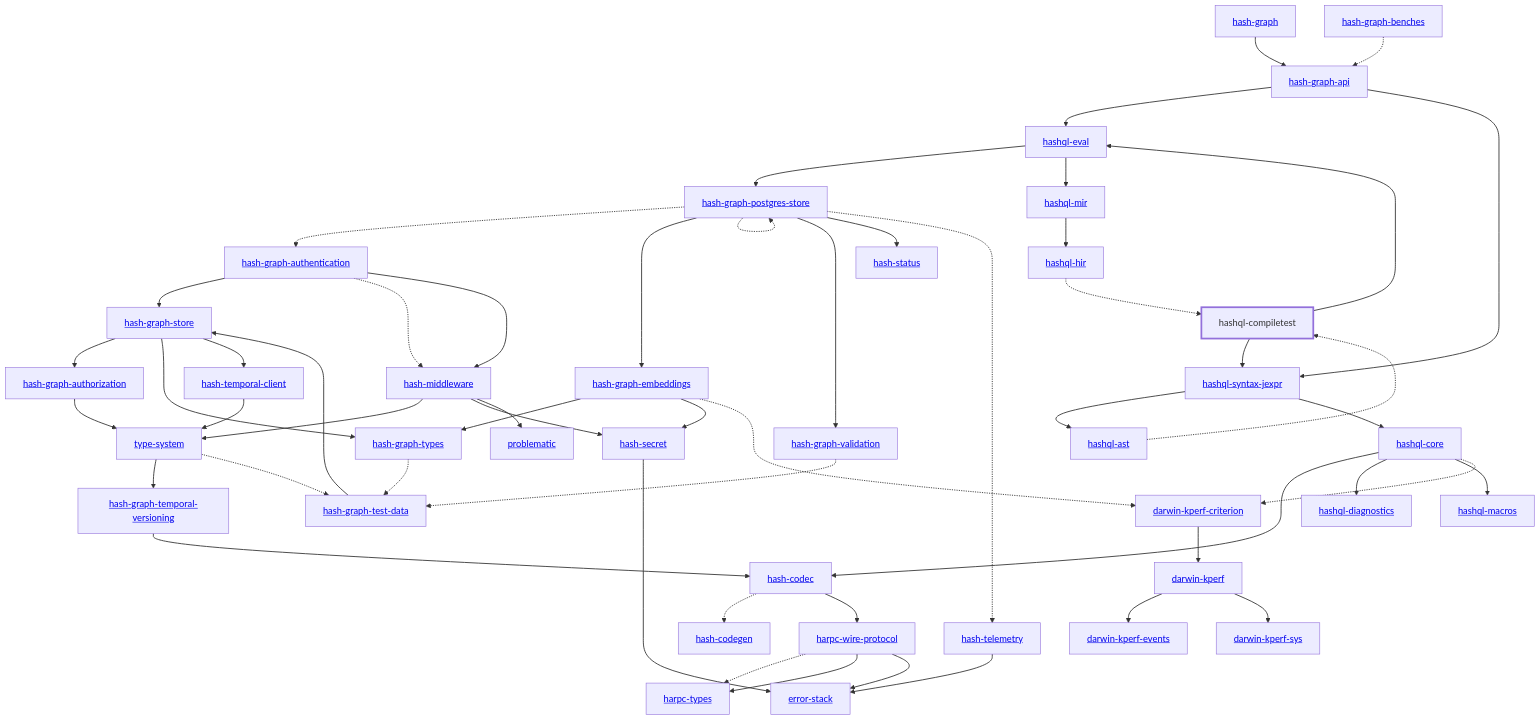
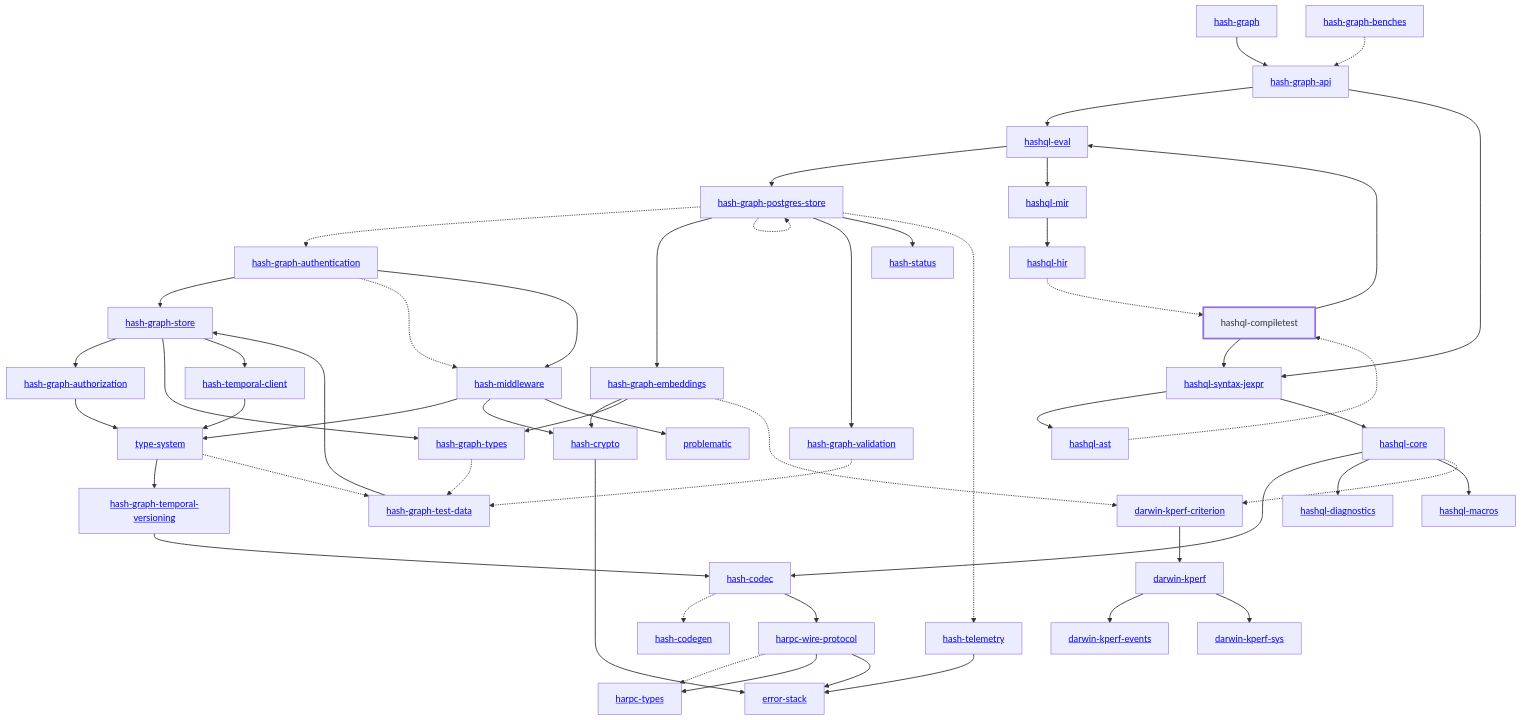
The diagram in libs/@local/hashql/compiletest/docs/dependency-diagram.mmd (hashintel/hash), drawn with Mermaid before and after one commit. The commit also changed 138 other files, not shown here.

Commit message:
Rename hash-secret to hash-crypto

```diff
--- a/libs/@local/hashql/compiletest/docs/dependency-diagram.mmd
+++ b/libs/@local/hashql/compiletest/docs/dependency-diagram.mmd
@@ -1,101 +1,101 @@
 graph TD
     linkStyle default stroke-width:1.5px
     classDef default stroke-width:1px
     classDef root stroke-width:3px
     classDef dev stroke-width:1px
     classDef build stroke-width:1px
     %% Legend
     %% --> : Normal dependency
     %% -.-> : Dev dependency
     %% ---> : Build dependency
     0[<a href="../hash_graph/index.html">hash-graph</a>]
     1[<a href="../type_system/index.html">type-system</a>]
     2[<a href="../hash_codec/index.html">hash-codec</a>]
     3[<a href="../hash_codegen/index.html">hash-codegen</a>]
-    4[<a href="../hash_graph_api/index.html">hash-graph-api</a>]
-    5[<a href="../hash_graph_authentication/index.html">hash-graph-authentication</a>]
-    6[<a href="../hash_graph_authorization/index.html">hash-graph-authorization</a>]
-    7[<a href="../hash_graph_embeddings/index.html">hash-graph-embeddings</a>]
-    8[<a href="../hash_graph_postgres_store/index.html">hash-graph-postgres-store</a>]
-    9[<a href="../hash_graph_store/index.html">hash-graph-store</a>]
-    10[<a href="../hash_graph_temporal_versioning/index.html">hash-graph-temporal-versioning</a>]
-    11[<a href="../hash_graph_types/index.html">hash-graph-types</a>]
-    12[<a href="../hash_graph_validation/index.html">hash-graph-validation</a>]
-    13[<a href="../harpc_types/index.html">harpc-types</a>]
-    14[<a href="../harpc_wire_protocol/index.html">harpc-wire-protocol</a>]
-    15[<a href="../hashql_ast/index.html">hashql-ast</a>]
-    16[hashql-compiletest]
-    class 16 root
-    17[<a href="../hashql_core/index.html">hashql-core</a>]
-    18[<a href="../hashql_diagnostics/index.html">hashql-diagnostics</a>]
-    19[<a href="../hashql_eval/index.html">hashql-eval</a>]
-    20[<a href="../hashql_hir/index.html">hashql-hir</a>]
-    21[<a href="../hashql_macros/index.html">hashql-macros</a>]
-    22[<a href="../hashql_mir/index.html">hashql-mir</a>]
-    23[<a href="../hashql_syntax_jexpr/index.html">hashql-syntax-jexpr</a>]
-    24[<a href="../hash_middleware/index.html">hash-middleware</a>]
-    25[<a href="../hash_secret/index.html">hash-secret</a>]
+    4[<a href="../hash_crypto/index.html">hash-crypto</a>]
+    5[<a href="../hash_graph_api/index.html">hash-graph-api</a>]
+    6[<a href="../hash_graph_authentication/index.html">hash-graph-authentication</a>]
+    7[<a href="../hash_graph_authorization/index.html">hash-graph-authorization</a>]
+    8[<a href="../hash_graph_embeddings/index.html">hash-graph-embeddings</a>]
+    9[<a href="../hash_graph_postgres_store/index.html">hash-graph-postgres-store</a>]
+    10[<a href="../hash_graph_store/index.html">hash-graph-store</a>]
+    11[<a href="../hash_graph_temporal_versioning/index.html">hash-graph-temporal-versioning</a>]
+    12[<a href="../hash_graph_types/index.html">hash-graph-types</a>]
+    13[<a href="../hash_graph_validation/index.html">hash-graph-validation</a>]
+    14[<a href="../harpc_types/index.html">harpc-types</a>]
+    15[<a href="../harpc_wire_protocol/index.html">harpc-wire-protocol</a>]
+    16[<a href="../hashql_ast/index.html">hashql-ast</a>]
+    17[hashql-compiletest]
+    class 17 root
+    18[<a href="../hashql_core/index.html">hashql-core</a>]
+    19[<a href="../hashql_diagnostics/index.html">hashql-diagnostics</a>]
+    20[<a href="../hashql_eval/index.html">hashql-eval</a>]
+    21[<a href="../hashql_hir/index.html">hashql-hir</a>]
+    22[<a href="../hashql_macros/index.html">hashql-macros</a>]
+    23[<a href="../hashql_mir/index.html">hashql-mir</a>]
+    24[<a href="../hashql_syntax_jexpr/index.html">hashql-syntax-jexpr</a>]
+    25[<a href="../hash_middleware/index.html">hash-middleware</a>]
     26[<a href="../hash_status/index.html">hash-status</a>]
     27[<a href="../hash_telemetry/index.html">hash-telemetry</a>]
     28[<a href="../hash_temporal_client/index.html">hash-temporal-client</a>]
     29[<a href="../darwin_kperf/index.html">darwin-kperf</a>]
     30[<a href="../darwin_kperf_criterion/index.html">darwin-kperf-criterion</a>]
     31[<a href="../darwin_kperf_events/index.html">darwin-kperf-events</a>]
     32[<a href="../darwin_kperf_sys/index.html">darwin-kperf-sys</a>]
     33[<a href="../error_stack/index.html">error-stack</a>]
     34[<a href="../problematic/index.html">problematic</a>]
     35[<a href="../hash_graph_benches/index.html">hash-graph-benches</a>]
     36[<a href="../hash_graph_test_data/index.html">hash-graph-test-data</a>]
-    0 --> 4
-    1 --> 10
+    0 --> 5
+    1 --> 11
     1 -.-> 36
     2 -.-> 3
-    2 --> 14
-    4 --> 19
-    4 --> 23
-    5 --> 9
-    5 -.-> 24
+    2 --> 15
+    4 --> 33
+    5 --> 20
     5 --> 24
-    6 --> 1
-    7 --> 11
-    7 --> 25
-    7 -.-> 30
-    8 -.-> 5
-    8 --> 7
-    8 -.-> 8
+    6 --> 10
+    6 -.-> 25
+    6 --> 25
+    7 --> 1
+    8 --> 4
     8 --> 12
-    8 --> 26
-    8 -.-> 27
-    9 --> 6
-    9 --> 11
-    9 --> 28
-    10 --> 2
-    11 -.-> 36
+    8 -.-> 30
+    9 -.-> 6
+    9 --> 8
+    9 -.-> 9
+    9 --> 13
+    9 --> 26
+    9 -.-> 27
+    10 --> 7
+    10 --> 12
+    10 --> 28
+    11 --> 2
     12 -.-> 36
-    14 -.-> 13
-    14 --> 13
-    14 --> 33
-    15 -.-> 16
-    16 --> 19
-    16 --> 23
-    17 --> 2
-    17 --> 18
-    17 --> 21
-    17 -.-> 30
-    19 --> 8
-    19 --> 22
-    20 -.-> 16
-    22 --> 20
-    23 --> 15
-    23 --> 17
-    24 --> 1
-    24 --> 25
-    24 --> 34
-    25 --> 33
+    13 -.-> 36
+    15 -.-> 14
+    15 --> 14
+    15 --> 33
+    16 -.-> 17
+    17 --> 20
+    17 --> 24
+    18 --> 2
+    18 --> 19
+    18 --> 22
+    18 -.-> 30
+    20 --> 9
+    20 --> 23
+    21 -.-> 17
+    23 --> 21
+    24 --> 16
+    24 --> 18
+    25 --> 1
+    25 --> 4
+    25 --> 34
     27 --> 33
     28 --> 1
     29 --> 31
     29 --> 32
     30 --> 29
-    35 -.-> 4
-    36 --> 9
+    35 -.-> 5
+    36 --> 10
```
